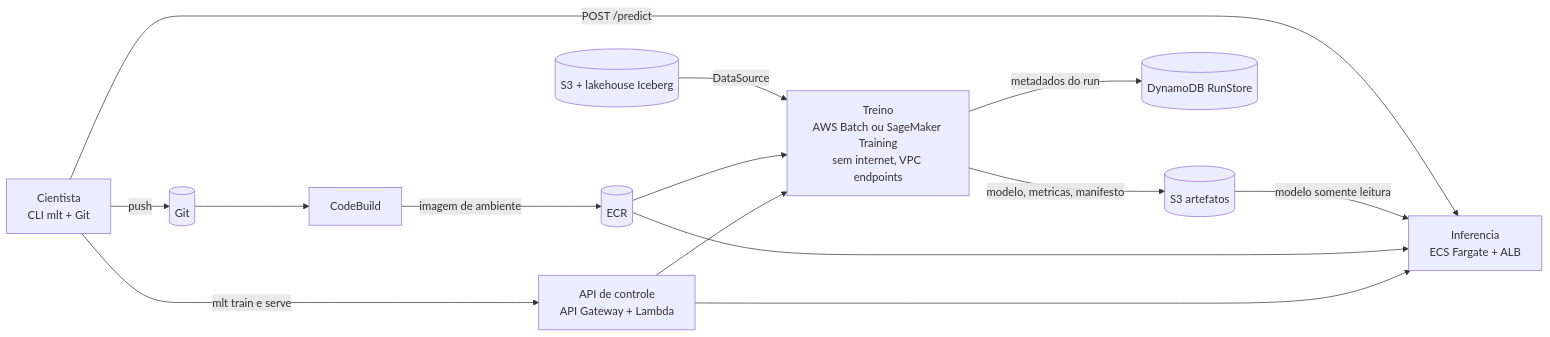
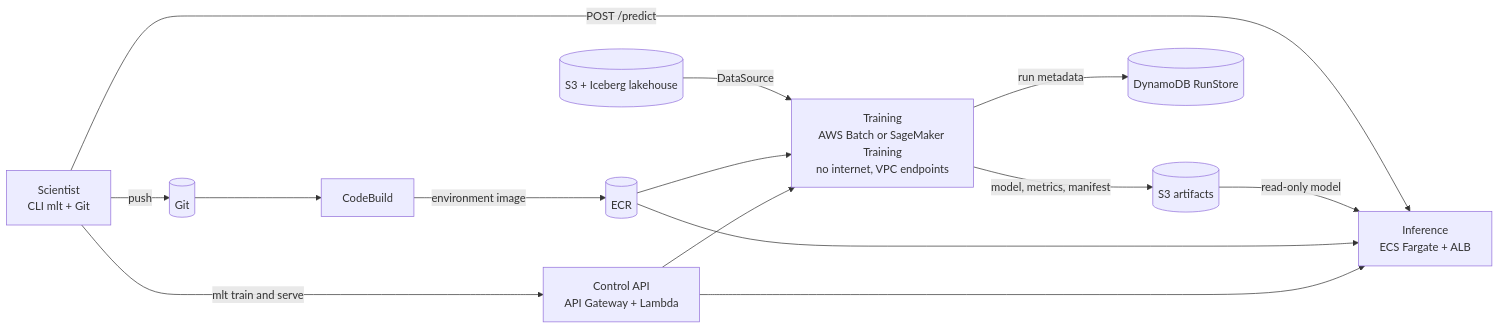
One commit to rafa-am/olx-mlops-case changed the second of 2 diagrams in docs/design.md. Above: the diagram before and after it, drawn with Mermaid. The commit also changed other lines of this file and 13 other files, not shown here.

````diff
--- a/docs/design.md
+++ b/docs/design.md
@@ -417,16 +417,16 @@
 ```mermaid
 flowchart LR
-  DS[Cientista<br/>CLI mlt + Git] -->|push| GIT[(Git)]
+  DS[Scientist<br/>CLI mlt + Git] -->|push| GIT[(Git)]
   GIT --> CB[CodeBuild]
-  CB -->|imagem de ambiente| ECR[(ECR)]
-  DS -->|mlt train e serve| API[API de controle<br/>API Gateway + Lambda]
-  API --> TRAIN[Treino<br/>AWS Batch ou SageMaker Training<br/>sem internet, VPC endpoints]
+  CB -->|environment image| ECR[(ECR)]
+  DS -->|mlt train and serve| API[Control API<br/>API Gateway + Lambda]
+  API --> TRAIN[Training<br/>AWS Batch or SageMaker Training<br/>no internet, VPC endpoints]
   ECR --> TRAIN
-  LH[(S3 + lakehouse Iceberg)] -->|DataSource| TRAIN
-  TRAIN -->|modelo, metricas, manifesto| S3[(S3 artefatos)]
-  TRAIN -->|metadados do run| DDB[(DynamoDB RunStore)]
-  API --> SERVE[Inferencia<br/>ECS Fargate + ALB]
+  LH[(S3 + Iceberg lakehouse)] -->|DataSource| TRAIN
+  TRAIN -->|model, metrics, manifest| S3[(S3 artifacts)]
+  TRAIN -->|run metadata| DDB[(DynamoDB RunStore)]
+  API --> SERVE[Inference<br/>ECS Fargate + ALB]
   ECR --> SERVE
-  S3 -->|modelo somente leitura| SERVE
+  S3 -->|read-only model| SERVE
   DS -->|POST /predict| SERVE
 ```
````
